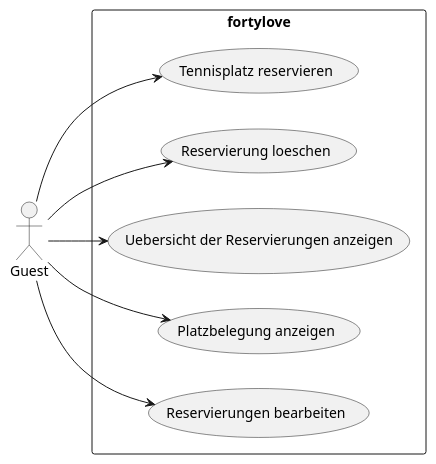
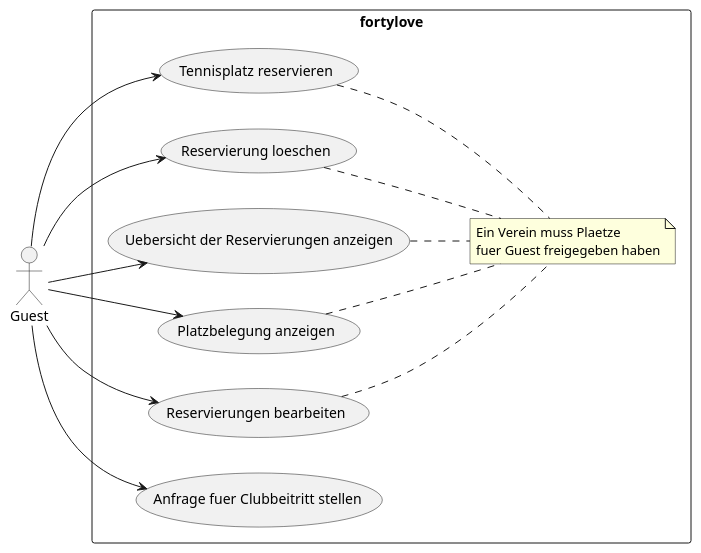
Before and after one commit to incrediblybadcoder/fortylove: the diagram in documents/design/usecases/UseCasesGuest.puml, drawn with PlantUML. The commit also changed other lines of this file and 4 other files, not shown here.

```diff
--- a/documents/design/usecases/UseCasesGuest.puml
+++ b/documents/design/usecases/UseCasesGuest.puml
@@ -1,12 +1,20 @@
 @startuml
 left to right direction
 actor "Guest" as Actor
 rectangle fortylove {
     Actor --> (Tennisplatz reservieren)
     Actor --> (Reservierung loeschen)
     Actor --> (Uebersicht der Reservierungen anzeigen)
     Actor --> (Platzbelegung anzeigen)
     Actor --> (Reservierungen bearbeiten)
+    Actor --> (Anfrage fuer Clubbeitritt stellen)
+
+    note "Ein Verein muss Plaetze\nfuer Guest freigegeben haben" as N2
+    (Tennisplatz reservieren) .. N2
+    (Reservierung loeschen) .. N2
+    (Uebersicht der Reservierungen anzeigen) .. N2
+    (Platzbelegung anzeigen) .. N2
+    (Reservierungen bearbeiten) .. N2
 }
 
 @enduml
```
